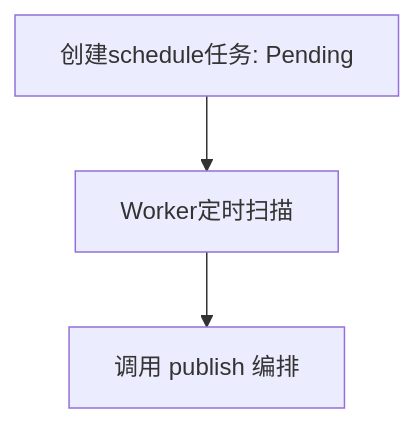
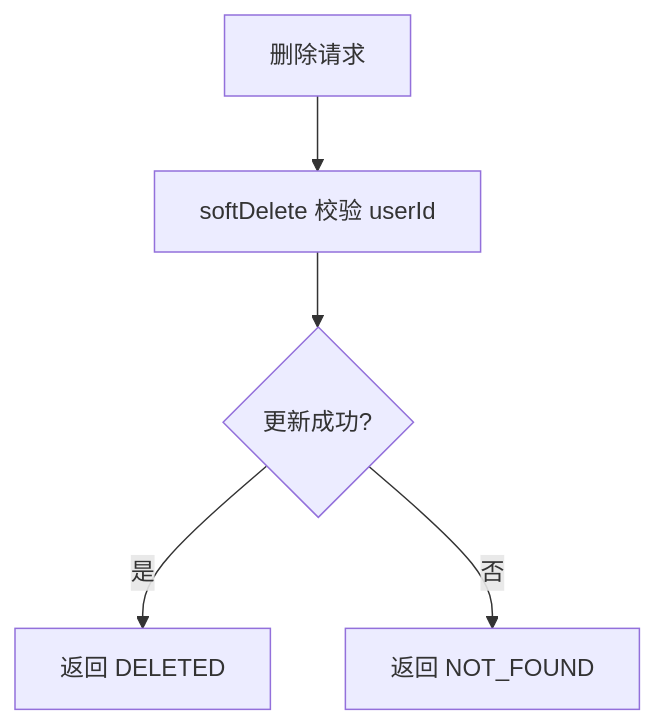
Before and after one commit to Yager-42/--: the fifth of 9 diagrams in .codex/content-media-implementation.md, drawn with Mermaid. The commit also changed other lines of this file and 38 other files, not shown here.

````diff
--- a/.codex/content-media-implementation.md
+++ b/.codex/content-media-implementation.md
@@ -37,5 +83,7 @@
 ```mermaid
 graph TD
-    S[创建schedule任务: Pending] --> W[Worker定时扫描]
-    W --> P[调用 publish 编排]
+    X[删除请求] --> X1[softDelete 校验 userId]
+    X1 --> X2{更新成功?}
+    X2 -- 是 --> X3[返回 DELETED]
+    X2 -- 否 --> X4[返回 NOT_FOUND]
 ```
````
